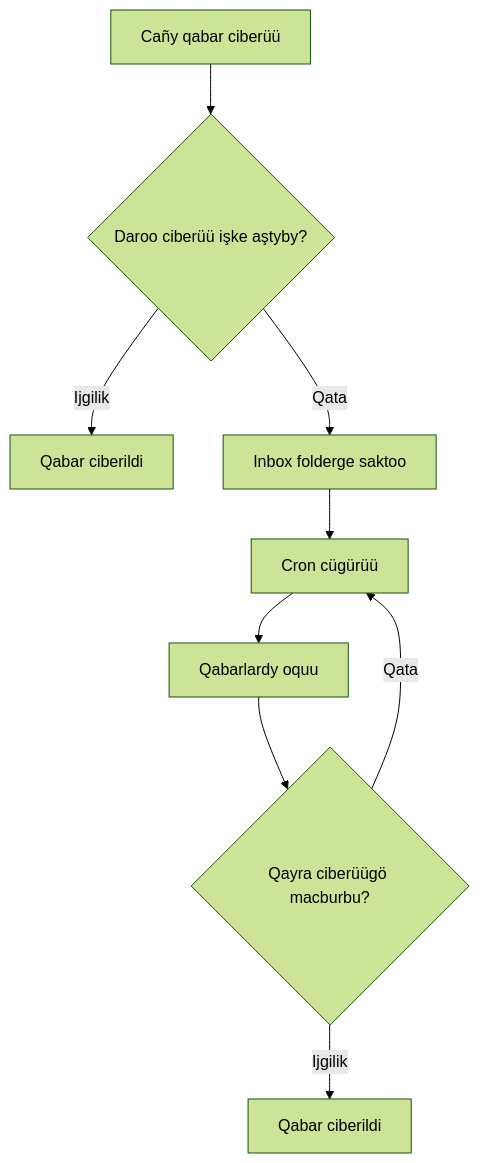
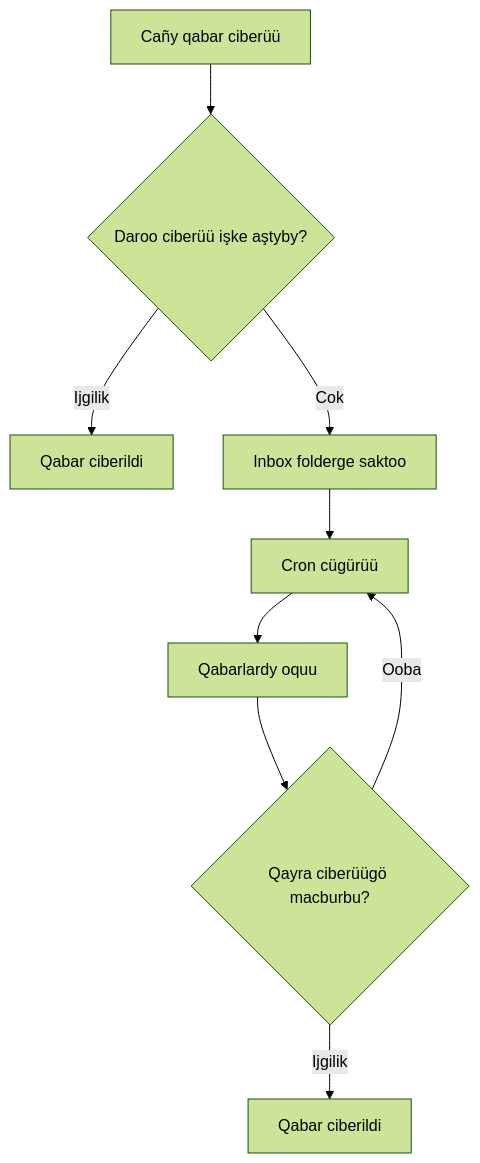
One commit to sultaniman/kpow changed the second of 2 diagrams in docs/qy/developer-guide.md. Above: the diagram before and after it, drawn with Mermaid (forest theme). The commit also changed other lines of this file and 1 other file, not shown here.

````diff
--- a/docs/qy/developer-guide.md
+++ b/docs/qy/developer-guide.md
@@ -84,11 +84,11 @@
 ```mermaid
 flowchart TD
     A[Cañy qabar ciberüü] --> B{Daroo ciberüü işke aştyby?}
     B -- Ijgilik --> C[Qabar ciberildi]
-    B -- Qata --> D[Inbox folderge saktoo]
+    B -- Cok --> D[Inbox folderge saktoo]
     D --> E[Cron cügürüü]
     E --> F[Qabarlardy oquu]
     F --> G{Qayra ciberüügö macburbu?}
     G -- Ijgilik --> H[Qabar ciberildi]
-    G -- Qata --> E
+    G -- Ooba --> E
 ```
````
